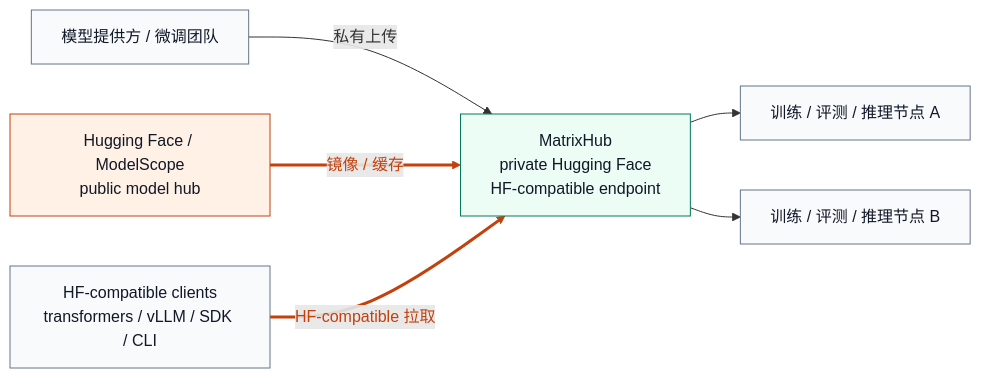
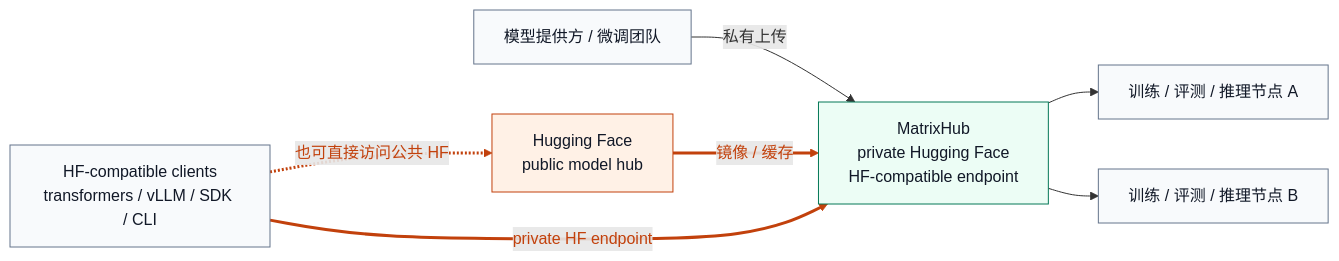
One commit to pacoxu/AI-Infra changed the third of 4 diagrams in docs/blog/2026-04-28/2026-04-28-understanding-model-distribution-stack_zh.md. Above: the diagram before and after it, drawn with Mermaid. The commit also changed other lines of this file and 1 other file, not shown here.

Commit message:
docs: fix HF and MatrixHub relationship in diagrams

````diff
--- a/docs/blog/2026-04-28/2026-04-28-understanding-model-distribution-stack_zh.md
+++ b/docs/blog/2026-04-28/2026-04-28-understanding-model-distribution-stack_zh.md
@@ -197,24 +197,25 @@
 ```mermaid
 flowchart LR
   classDef public fill:#fff1e6,stroke:#c2410c,color:#111827;
   classDef private fill:#ecfdf5,stroke:#047857,color:#111827;
   classDef client fill:#f8fafc,stroke:#64748b,color:#111827;
 
   DEV["模型提供方 / 微调团队"]
-  HF["Hugging Face / ModelScope<br/>public model hub"]
+  HF["Hugging Face<br/>public model hub"]
   MX["MatrixHub<br/>private Hugging Face<br/>HF-compatible endpoint"]
   CLI["HF-compatible clients<br/>transformers / vLLM / SDK / CLI"]
   N1["训练 / 评测 / 推理节点 A"]
   N2["训练 / 评测 / 推理节点 B"]
 
   DEV -->|"私有上传"| MX
   HF -->|"镜像 / 缓存"| MX
-  CLI -->|"HF-compatible 拉取"| MX
+  CLI -. "也可直接访问公共 HF" .-> HF
+  CLI -->|"private HF endpoint"| MX
   MX --> N1
   MX --> N2
 
   class HF public;
   class MX private;
   class DEV,CLI,N1,N2 client;
-  linkStyle 1,2 stroke:#c2410c,stroke-width:3px,color:#c2410c
+  linkStyle 1,2,3 stroke:#c2410c,stroke-width:3px,color:#c2410c
 ```
````
